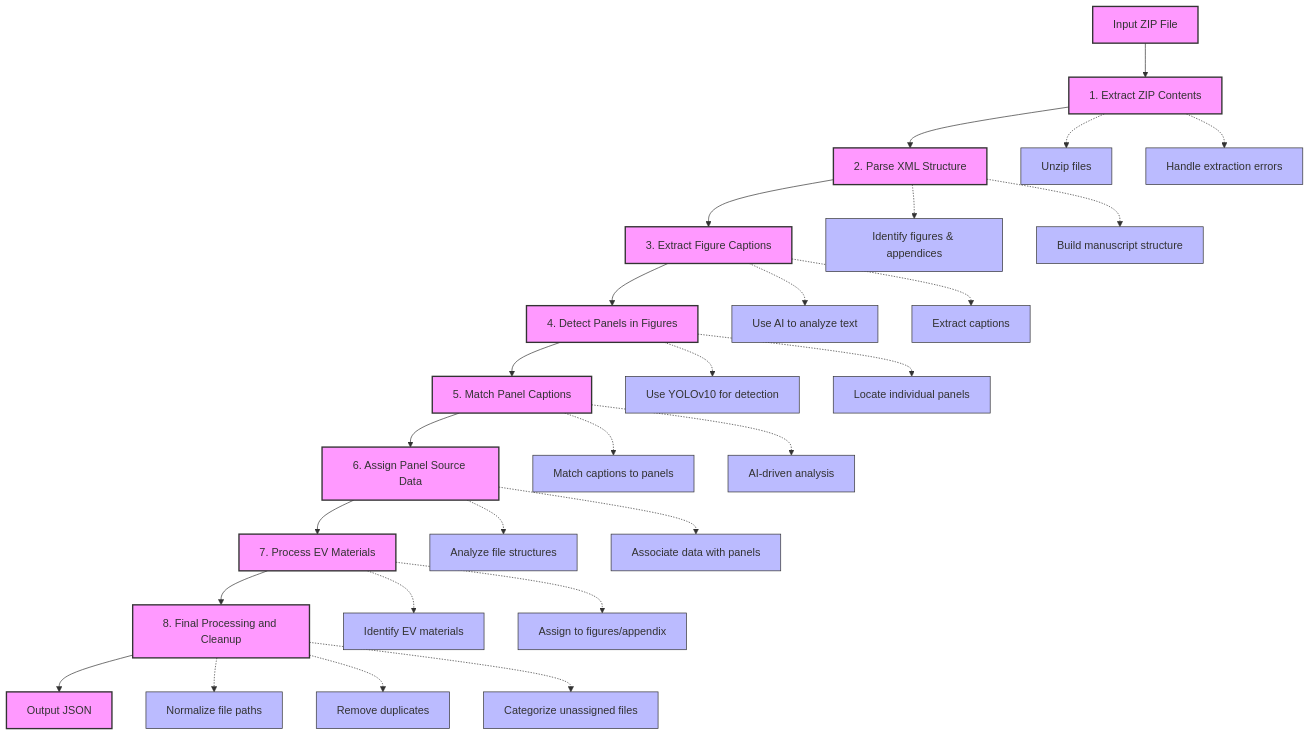
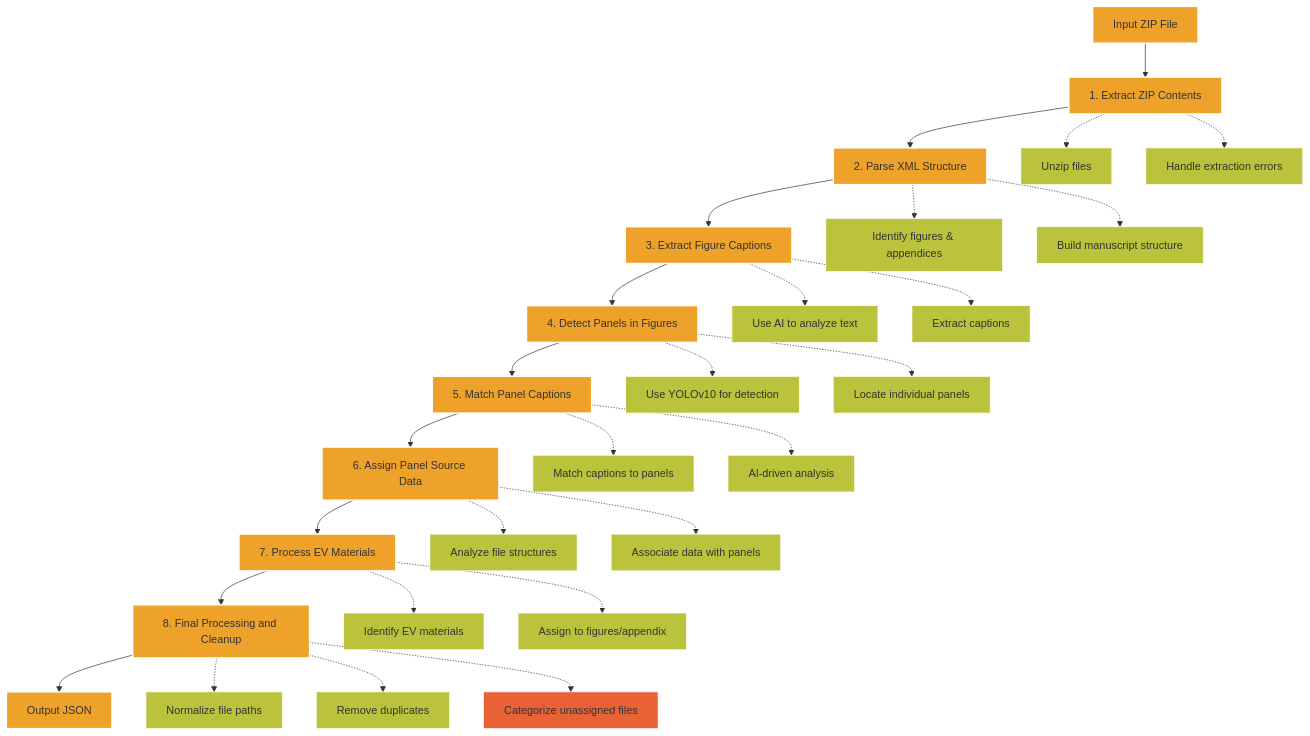
The diagram in docs/pipeline.md (source-data/soda-curation), drawn with Mermaid before and after one commit.

Commit message:
small edit mermaid flow chart

````diff
--- a/docs/pipeline.md
+++ b/docs/pipeline.md
@@ -9,42 +9,44 @@
 ```mermaid
 graph TD
     A[Input ZIP File] --> B[1. Extract ZIP Contents]
     B --> C[2. Parse XML Structure]
     C --> D[3. Extract Figure Captions]
     D --> E[4. Detect Panels in Figures]
     E --> F[5. Match Panel Captions]
     F --> G[6. Assign Panel Source Data]
     G --> H[7. Process EV Materials]
     H --> I[8. Final Processing and Cleanup]
     I --> J[Output JSON]
 
     B -.-> B1[Unzip files]
     B -.-> B2[Handle extraction errors]
 
     C -.-> C1[Identify figures & appendices]
     C -.-> C2[Build manuscript structure]
 
     D -.-> D1[Use AI to analyze text]
     D -.-> D2[Extract captions]
 
     E -.-> E1[Use YOLOv10 for detection]
     E -.-> E2[Locate individual panels]
 
     F -.-> F1[Match captions to panels]
     F -.-> F2[AI-driven analysis]
 
     G -.-> G1[Analyze file structures]
     G -.-> G2[Associate data with panels]
 
     H -.-> H1[Identify EV materials]
     H -.-> H2[Assign to figures/appendix]
 
     I -.-> I1[Normalize file paths]
     I -.-> I2[Remove duplicates]
     I -.-> I3[Categorize unassigned files]
 
-    classDef process fill:#f9f,stroke:#333,stroke-width:2px;
-    classDef subProcess fill:#bbf,stroke:#333,stroke-width:1px;
+    classDef process fill:#EFA22A,stroke:#FFFFFF,stroke-width:2px;
+    classDef subProcess fill:#BBC33C,stroke:#FFFFFF,stroke-width:1px;
+    classDef exception fill:#E86236,stroke:#FFFFFF,stroke-width:1px;
     class A,B,C,D,E,F,G,H,I,J process;
-    class B1,B2,C1,C2,D1,D2,E1,E2,F1,F2,G1,G2,H1,H2,I1,I2,I3 subProcess;
+    class B1,B2,C1,C2,D1,D2,E1,E2,F1,F2,G1,G2,H1,H2,I1,I2 subProcess;
+    class I3 exception;
 ```
````
